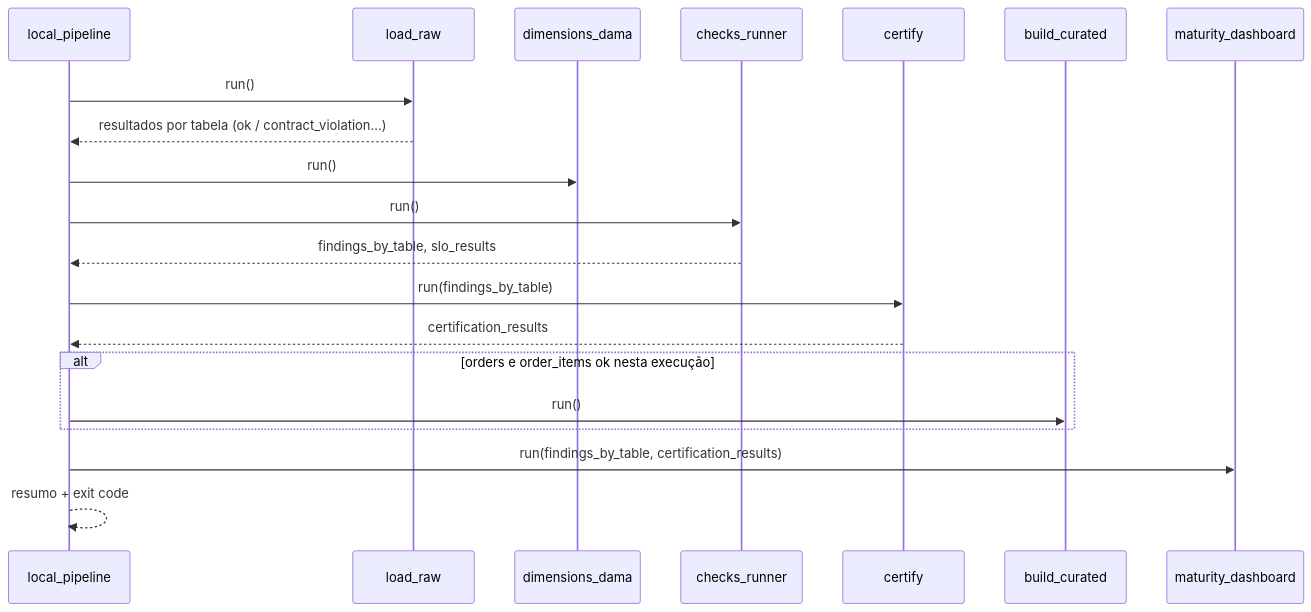
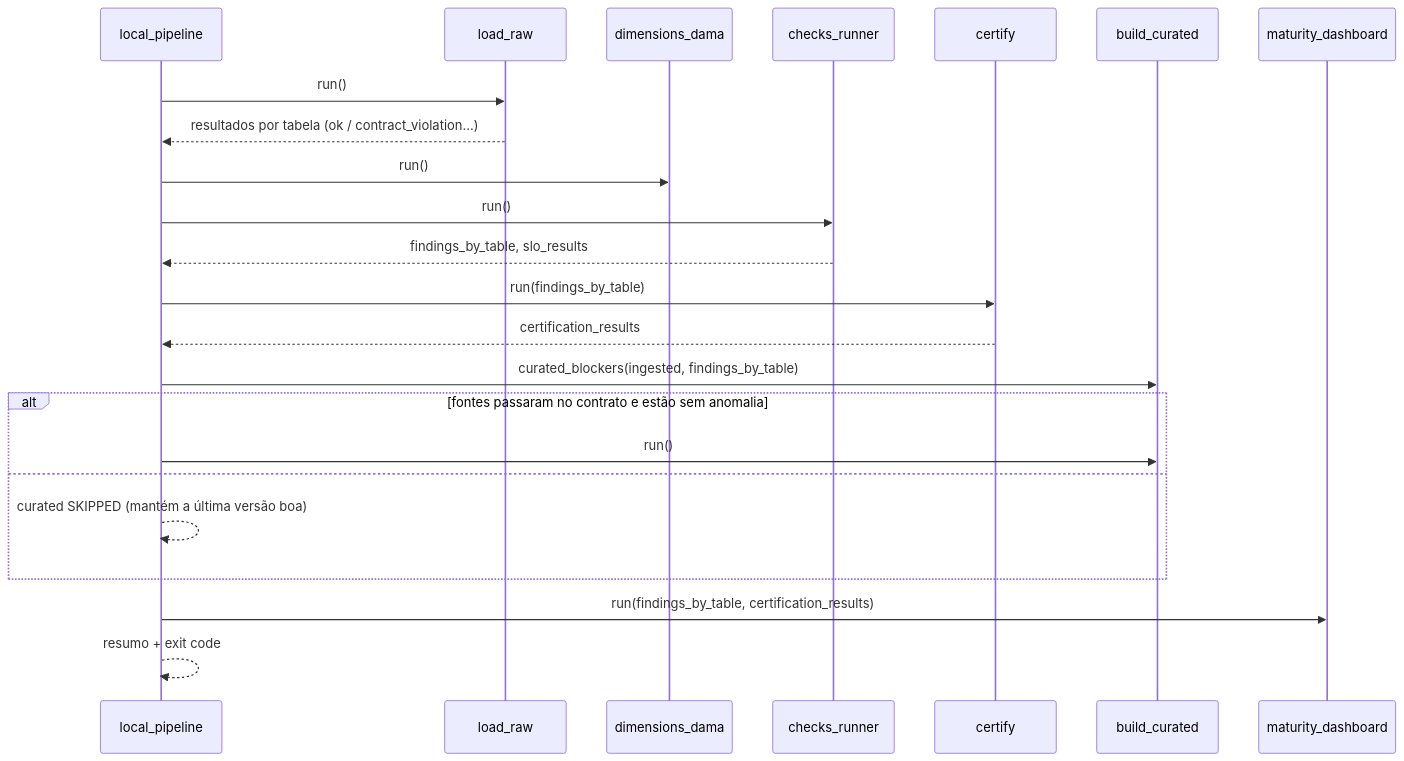
One commit to amadeuchacar/data-quality-ecommerce changed the second of 2 diagrams in docs/pt-BR/03-arquitetura.md. Above: the diagram before and after it, drawn with Mermaid. The commit also changed other lines of this file and 12 other files, not shown here.

````diff
--- a/docs/pt-BR/03-arquitetura.md
+++ b/docs/pt-BR/03-arquitetura.md
@@ -172,22 +176,25 @@
 ```mermaid
 sequenceDiagram
     participant O as local_pipeline
     participant I as load_raw
     participant D as dimensions_dama
     participant C as checks_runner
     participant Z as certify
     participant T as build_curated
     participant M as maturity_dashboard
     O->>I: run()
     I-->>O: resultados por tabela (ok / contract_violation...)
     O->>D: run()
     O->>C: run()
     C-->>O: findings_by_table, slo_results
     O->>Z: run(findings_by_table)
     Z-->>O: certification_results
-    alt orders e order_items ok nesta execução
+    O->>T: curated_blockers(ingested, findings_by_table)
+    alt fontes passaram no contrato e estão sem anomalia
         O->>T: run()
+    else
+        O-->>O: curated SKIPPED (mantém a última versão boa)
     end
     O->>M: run(findings_by_table, certification_results)
     O-->>O: resumo + exit code
 ```
````
